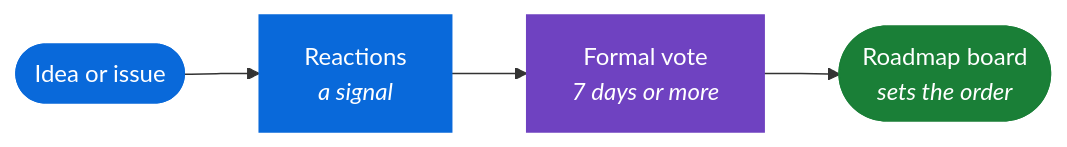
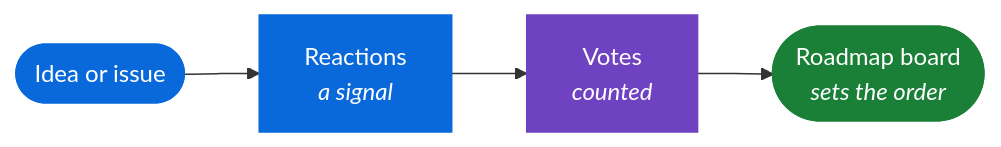
Before and after one commit to ai-driven-dev/framework: the diagram in GOVERNANCE.md, drawn with Mermaid. The commit also changed other lines of this file and 10 other files, not shown here.

First line of the commit message:
docs: per-plugin agents and hooks, SDLC-first guides, flow-only overview, leaner governance

````diff
--- a/GOVERNANCE.md
+++ b/GOVERNANCE.md
@@ -26,10 +26,10 @@
 ```mermaid
 flowchart LR
-  idea(["Idea or issue"]) --> signal["Reactions<br/><i>a signal</i>"] --> vote["Formal vote<br/><i>7 days or more</i>"] --> board(["Roadmap board<br/><i>sets the order</i>"])
+  idea(["Idea or issue"]) --> signal["Reactions<br/><i>a signal</i>"] --> vote["Votes<br/><i>counted</i>"] --> board(["Roadmap board<br/><i>sets the order</i>"])
   classDef cOpen fill:#0969da,stroke:#0969da,color:#fff
   classDef cVote fill:#6f42c1,stroke:#6f42c1,color:#fff
   classDef cDone fill:#1a7f37,stroke:#1a7f37,color:#fff
   class idea,signal cOpen
   class vote cVote
   class board cDone
 ```
````
